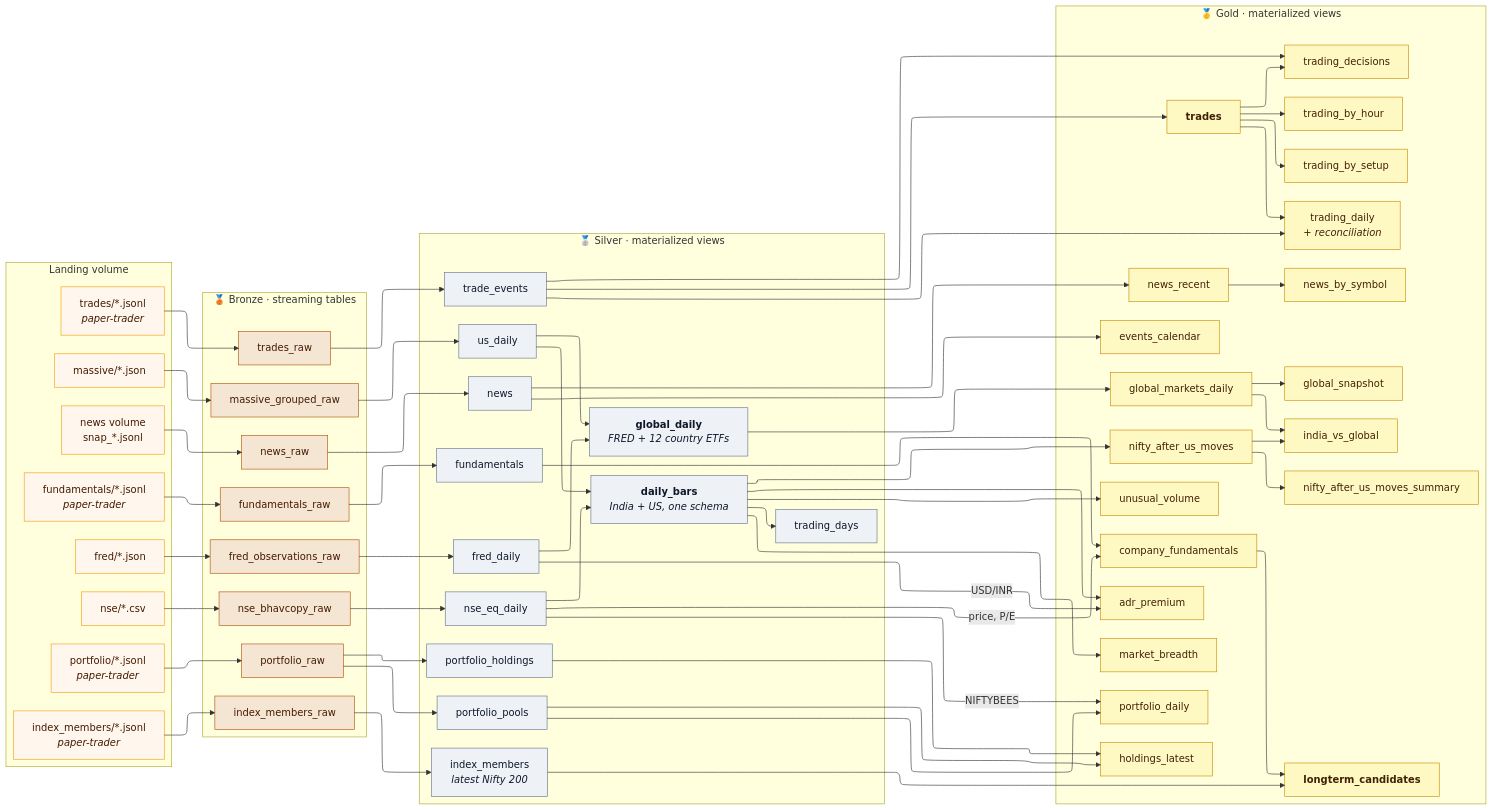
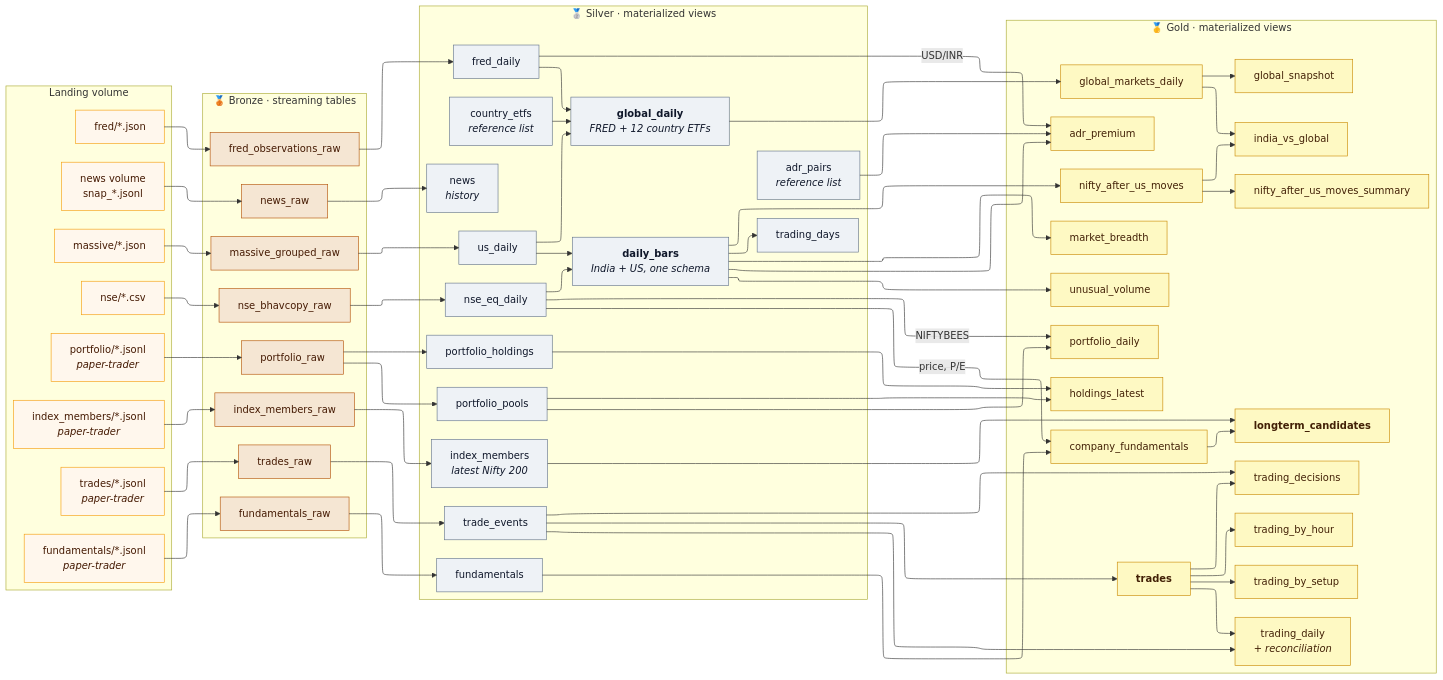
Before and after one commit to bumblebee26/stocks_lakehouse: the diagram in docs/diagrams/03_lineage.mmd, drawn with Mermaid. The commit also changed 8 other files, not shown here.

First line of the commit message:
Clean-up: drop unused news gold tables, fix counts, lineage diagram and docs

```diff
--- a/docs/diagrams/03_lineage.mmd
+++ b/docs/diagrams/03_lineage.mmd
@@ -1,114 +1,114 @@
 ---
 config:
   layout: elk
   elk:
     mergeEdges: false
     nodePlacementStrategy: NETWORK_SIMPLEX
 ---
 flowchart LR
     subgraph LAND["Landing volume"]
         direction TB
         LN["nse/*.csv"]
         LM["massive/*.json"]
         LF["fred/*.json"]
         LT["trades/*.jsonl<br/><i>paper-trader</i>"]
         LP["portfolio/*.jsonl<br/><i>paper-trader</i>"]
         LU["fundamentals/*.jsonl<br/><i>paper-trader</i>"]
         LI["index_members/*.jsonl<br/><i>paper-trader</i>"]
         LW["news volume<br/>snap_*.jsonl"]
     end
 
     subgraph B["🥉 Bronze · streaming tables"]
         direction TB
         B1["nse_bhavcopy_raw"]
         B2["massive_grouped_raw"]
         B3["fred_observations_raw"]
         B4["trades_raw"]
         B5["portfolio_raw"]
         B6["fundamentals_raw"]
         B7["index_members_raw"]
         B8["news_raw"]
     end
 
     subgraph S["🥈 Silver · materialized views"]
         direction TB
         S1["nse_eq_daily"]
         S2["us_daily"]
         S3["<b>daily_bars</b><br/><i>India + US, one schema</i>"]
         S4["trading_days"]
         S5["fred_daily"]
         S6["<b>global_daily</b><br/><i>FRED + 12 country ETFs</i>"]
         S7["trade_events"]
         S8["portfolio_pools"]
         S9["portfolio_holdings"]
         S10["fundamentals"]
         S11["index_members<br/><i>latest Nifty 200</i>"]
-        S12["news"]
+        S12["news<br/><i>history</i>"]
+        S13["country_etfs<br/><i>reference list</i>"]
+        S14["adr_pairs<br/><i>reference list</i>"]
     end
 
     subgraph G["🥇 Gold · materialized views"]
         direction TB
         G1["unusual_volume"]
         G2["market_breadth"]
         G3["nifty_after_us_moves"]
         G4["nifty_after_us_moves_summary"]
         G5["adr_premium"]
         G6["global_markets_daily"]
         G7["global_snapshot"]
         G8["india_vs_global"]
         G9["<b>trades</b>"]
         G10["trading_daily<br/><i>+ reconciliation</i>"]
         G11["trading_by_setup"]
         G12["trading_by_hour"]
         G13["trading_decisions"]
         G14["portfolio_daily"]
         G15["holdings_latest"]
         G16["company_fundamentals"]
         G17["<b>longterm_candidates</b>"]
-        G18["news_recent"]
-        G19["news_by_symbol"]
-        G20["events_calendar"]
     end
 
     LN --> B1 --> S1 --> S3
     LM --> B2 --> S2 --> S3
     LF --> B3 --> S5 --> S6
     S2 --> S6
+    S13 --> S6
     S3 --> S4
     S3 --> G1
     S3 --> G2
     S3 --> G3 --> G4
     S3 --> G5
+    S14 --> G5
     S5 -- "USD/INR" --> G5
     S6 --> G6 --> G7
     G6 --> G8
     G3 --> G8
     LT --> B4 --> S7 --> G9
     G9 --> G10
     S7 --> G10
     G9 --> G11
     G9 --> G12
     G9 --> G13
     S7 --> G13
     LP --> B5
     B5 --> S8
     B5 --> S9
     S8 --> G14
     S1 -- "NIFTYBEES" --> G14
     S9 --> G15
     S8 --> G15
     LU --> B6 --> S10 --> G16
     S1 -- "price, P/E" --> G16
     LI --> B7 --> S11 --> G17
     G16 --> G17
-    LW --> B8 --> S12 --> G18 --> G19
-    S12 --> G20
+    LW --> B8 --> S12
 
     classDef land fill:#fff7ed,stroke:#f59e0b,color:#451a03
     classDef bronze fill:#f5e6d3,stroke:#b45309,color:#451a03
     classDef silver fill:#eef2f6,stroke:#64748b,color:#0f172a
     classDef gold fill:#fef9c3,stroke:#ca8a04,color:#422006
     class LN,LM,LF,LT,LP,LU,LI,LW land
     class B1,B2,B3,B4,B5,B6,B7,B8 bronze
-    class S1,S2,S3,S4,S5,S6,S7,S8,S9,S10,S11,S12 silver
-    class G1,G2,G3,G4,G5,G6,G7,G8,G9,G10,G11,G12,G13,G14,G15,G16,G17,G18,G19,G20 gold
+    class S1,S2,S3,S4,S5,S6,S7,S8,S9,S10,S11,S12,S13,S14 silver
+    class G1,G2,G3,G4,G5,G6,G7,G8,G9,G10,G11,G12,G13,G14,G15,G16,G17 gold
```
